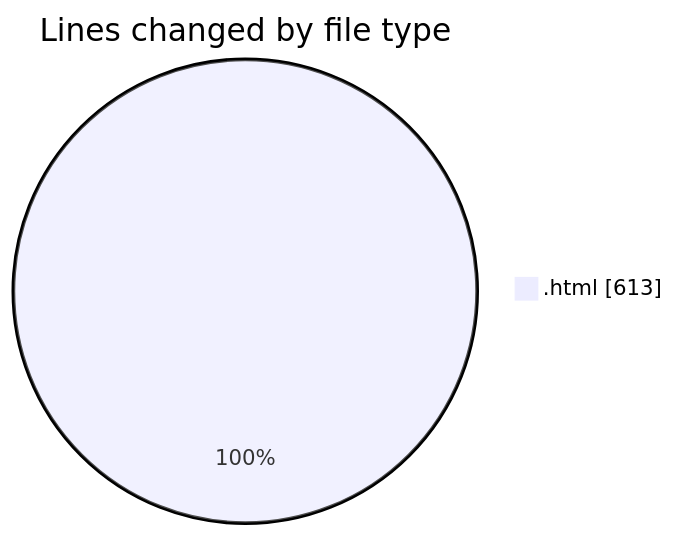
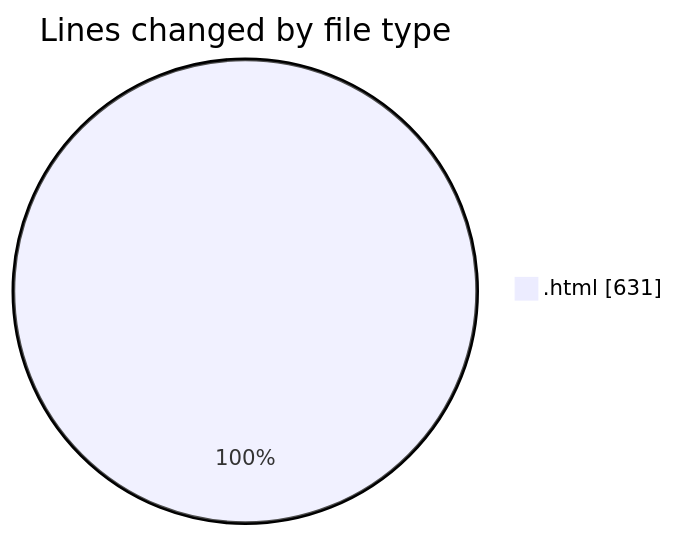
Before and after one commit to LanceThiago/code-tracking: the first of 2 diagrams in 2025-01-13/nueva_carpeta/README.md, drawn with Mermaid. The commit also changed other lines of this file and 1 other file, not shown here.

````diff
--- a/2025-01-13/nueva_carpeta/README.md
+++ b/2025-01-13/nueva_carpeta/README.md
@@ -20,5 +20,5 @@
 ```mermaid
 pie showData
 title Lines changed by file type
-".html" : 613
+".html" : 631
 ```
````
